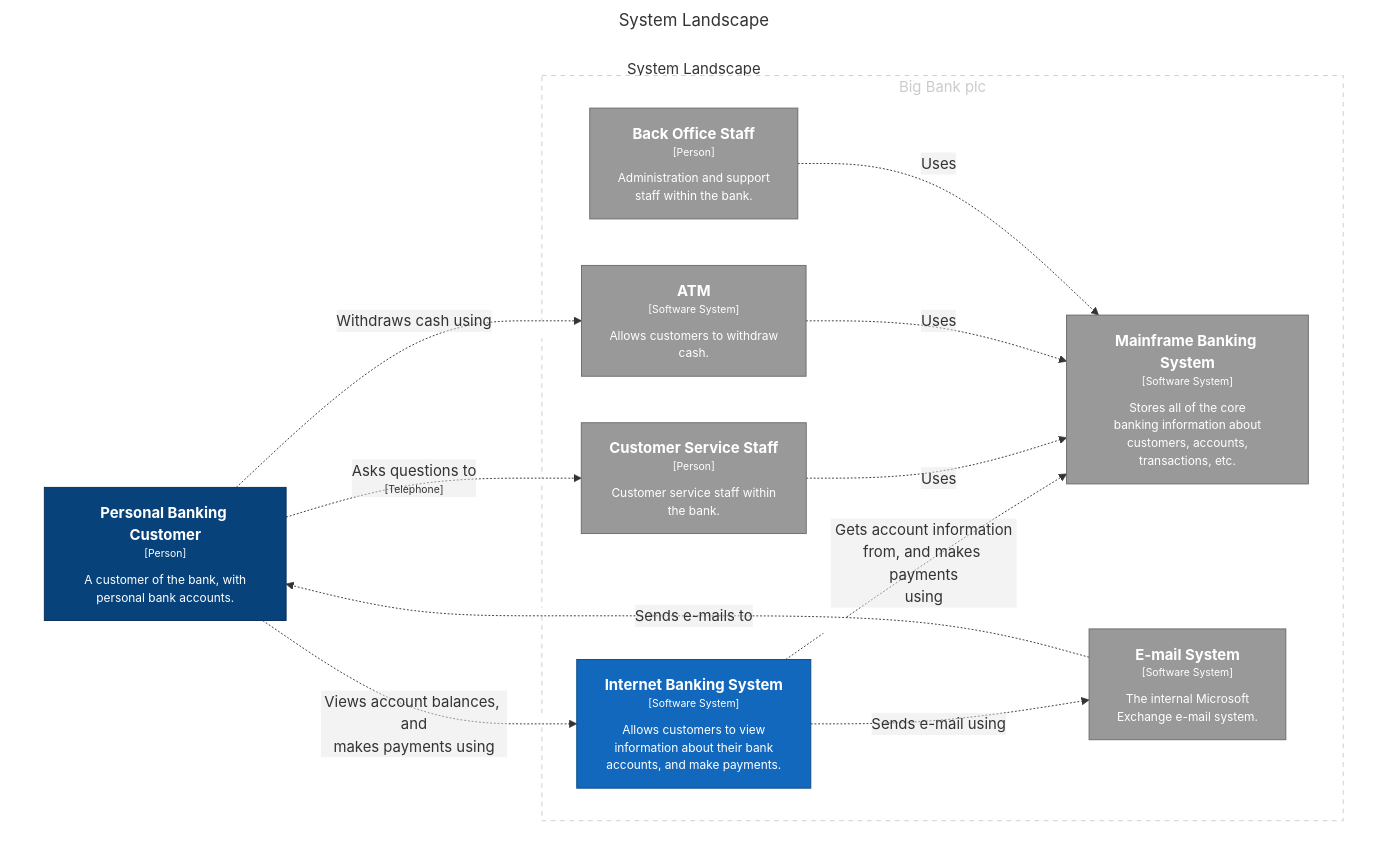
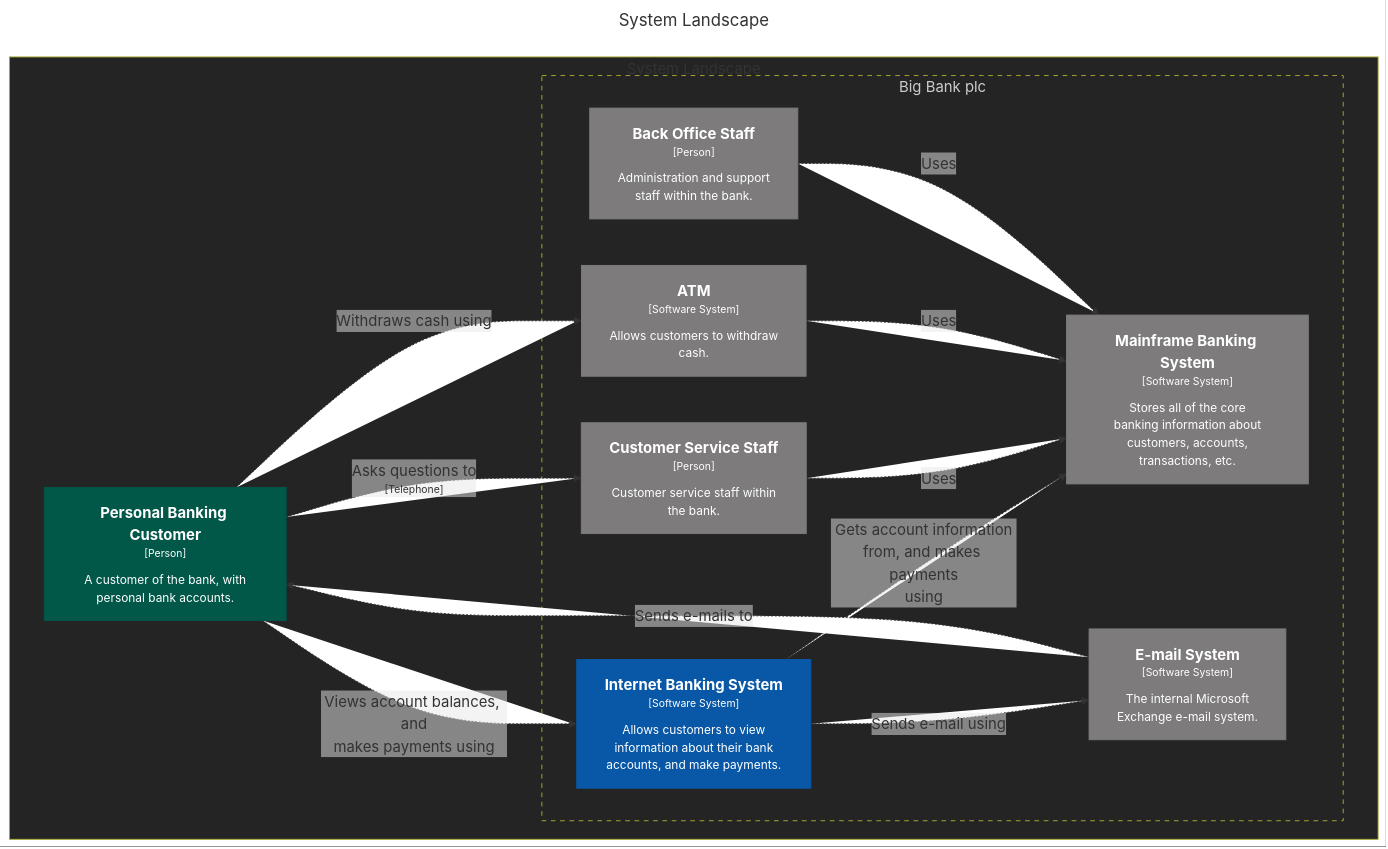
The sixth of 12 diagrams in mermaid/markdown/diagrams.template.md (tramaine-codes/visualization-playground), drawn with Mermaid before and after one commit. The commit also changed other lines of this file and 5 other files, not shown here.

Commit message:
feat: update theme on system landscape and context c4 diagrams

````diff
--- a/mermaid/markdown/diagrams.template.md
+++ b/mermaid/markdown/diagrams.template.md
@@ -144,41 +144,41 @@
 ```mermaid
 ---
 title: System Landscape
 ---
 graph TB
   linkStyle default fill:#ffffff
 
   subgraph diagram ["System Landscape"]
-    style diagram fill:#ffffff,stroke:#ffffff
+    style diagram fill:#242424
 
     subgraph group1 [Big Bank plc]
-      style group1 fill:#ffffff,stroke:#cccccc,color:#cccccc,stroke-dasharray:5
+      style group1 fill:#242424,color:#cccccc,stroke-dasharray:5
 
       2["<div style='font-weight: bold'>Customer Service Staff</div><div style='font-size: 70%; margin-top: 0px'>[Person]</div><div style='font-size: 80%; margin-top:10px'>Customer service staff within<br />the bank.</div>"]
-      style 2 fill:#999999,stroke:#6b6b6b,color:#ffffff
+      style 2 fill:#7D7B7B,stroke:#7D7B7B,color:#ffffff
       3["<div style='font-weight: bold'>Back Office Staff</div><div style='font-size: 70%; margin-top: 0px'>[Person]</div><div style='font-size: 80%; margin-top:10px'>Administration and support<br />staff within the bank.</div>"]
-      style 3 fill:#999999,stroke:#6b6b6b,color:#ffffff
+      style 3 fill:#7D7B7B,stroke:#7D7B7B,color:#ffffff
       4["<div style='font-weight: bold'>Mainframe Banking System</div><div style='font-size: 70%; margin-top: 0px'>[Software System]</div><div style='font-size: 80%; margin-top:10px'>Stores all of the core<br />banking information about<br />customers, accounts,<br />transactions, etc.</div>"]
-      style 4 fill:#999999,stroke:#6b6b6b,color:#ffffff
+      style 4 fill:#7D7B7B,stroke:#7D7B7B,color:#ffffff
       5["<div style='font-weight: bold'>E-mail System</div><div style='font-size: 70%; margin-top: 0px'>[Software System]</div><div style='font-size: 80%; margin-top:10px'>The internal Microsoft<br />Exchange e-mail system.</div>"]
-      style 5 fill:#999999,stroke:#6b6b6b,color:#ffffff
+      style 5 fill:#7D7B7B,stroke:#7D7B7B,color:#ffffff
       6["<div style='font-weight: bold'>ATM</div><div style='font-size: 70%; margin-top: 0px'>[Software System]</div><div style='font-size: 80%; margin-top:10px'>Allows customers to withdraw<br />cash.</div>"]
-      style 6 fill:#999999,stroke:#6b6b6b,color:#ffffff
+      style 6 fill:#7D7B7B,stroke:#7D7B7B,color:#ffffff
       7["<div style='font-weight: bold'>Internet Banking System</div><div style='font-size: 70%; margin-top: 0px'>[Software System]</div><div style='font-size: 80%; margin-top:10px'>Allows customers to view<br />information about their bank<br />accounts, and make payments.</div>"]
-      style 7 fill:#1168bd,stroke:#0b4884,color:#ffffff
+      style 7 fill:#0858A7,stroke:#0858A7,color:#ffffff
     end
 
     1["<div style='font-weight: bold'>Personal Banking Customer</div><div style='font-size: 70%; margin-top: 0px'>[Person]</div><div style='font-size: 80%; margin-top:10px'>A customer of the bank, with<br />personal bank accounts.</div>"]
-    style 1 fill:#08427b,stroke:#052e56,color:#ffffff
+    style 1 fill:#015848,stroke:#015848,color:#ffffff
 
     1-. "<div>Views account balances, and<br />makes payments using</div><div style='font-size: 70%'></div>" .->7
     7-. "<div>Gets account information<br />from, and makes payments<br />using</div><div style='font-size: 70%'></div>" .->4
     7-. "<div>Sends e-mail using</div><div style='font-size: 70%'></div>" .->5
     5-. "<div>Sends e-mails to</div><div style='font-size: 70%'></div>" .->1
     1-. "<div>Asks questions to</div><div style='font-size: 70%'>[Telephone]</div>" .->2
     2-. "<div>Uses</div><div style='font-size: 70%'></div>" .->4
     1-. "<div>Withdraws cash using</div><div style='font-size: 70%'></div>" .->6
     6-. "<div>Uses</div><div style='font-size: 70%'></div>" .->4
     3-. "<div>Uses</div><div style='font-size: 70%'></div>" .->4
   end
 ```
````
